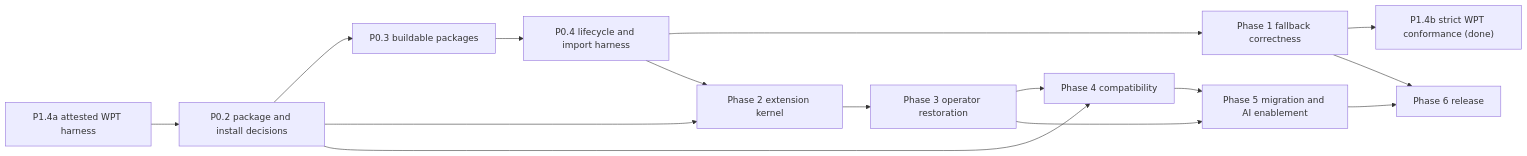
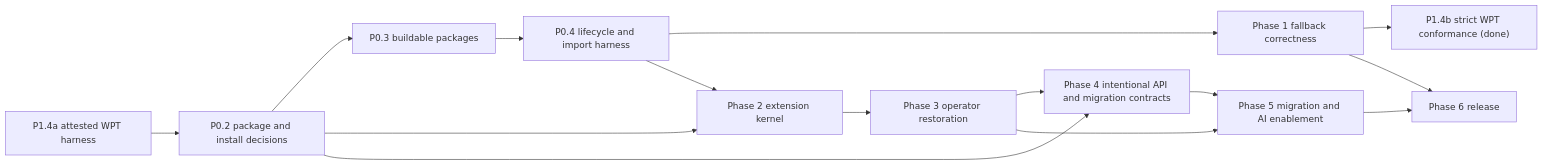
One commit to ReactiveX/rxjs changed the diagram in docs/rxjs-next/PROJECT_PLAN.md. Above: the diagram before and after it, drawn with Mermaid. The commit also changed other lines of this file and 5 other files, not shown here.

````diff
--- a/docs/rxjs-next/PROJECT_PLAN.md
+++ b/docs/rxjs-next/PROJECT_PLAN.md
@@ -628,17 +677,17 @@
 ```mermaid
 flowchart LR
     WptHarness["P1.4a attested WPT harness"] --> Boundary["P0.2 package and install decisions"]
     Boundary --> Build["P0.3 buildable packages"]
     Build --> Harness["P0.4 lifecycle and import harness"]
     Harness --> Fallback["Phase 1 fallback correctness"]
     Fallback --> WptStrict["P1.4b strict WPT conformance (done)"]
     Boundary --> Kernel["Phase 2 extension kernel"]
     Harness --> Kernel
     Kernel --> Operators["Phase 3 operator restoration"]
-    Boundary --> Compat["Phase 4 compatibility"]
-    Operators --> Compat
-    Compat --> Migration["Phase 5 migration and AI enablement"]
+    Boundary --> Evidence["Phase 4 intentional API and migration contracts"]
+    Operators --> Evidence
+    Evidence --> Migration["Phase 5 migration and AI enablement"]
     Operators --> Migration
     Fallback --> Release["Phase 6 release"]
     Migration --> Release
 ```
````
